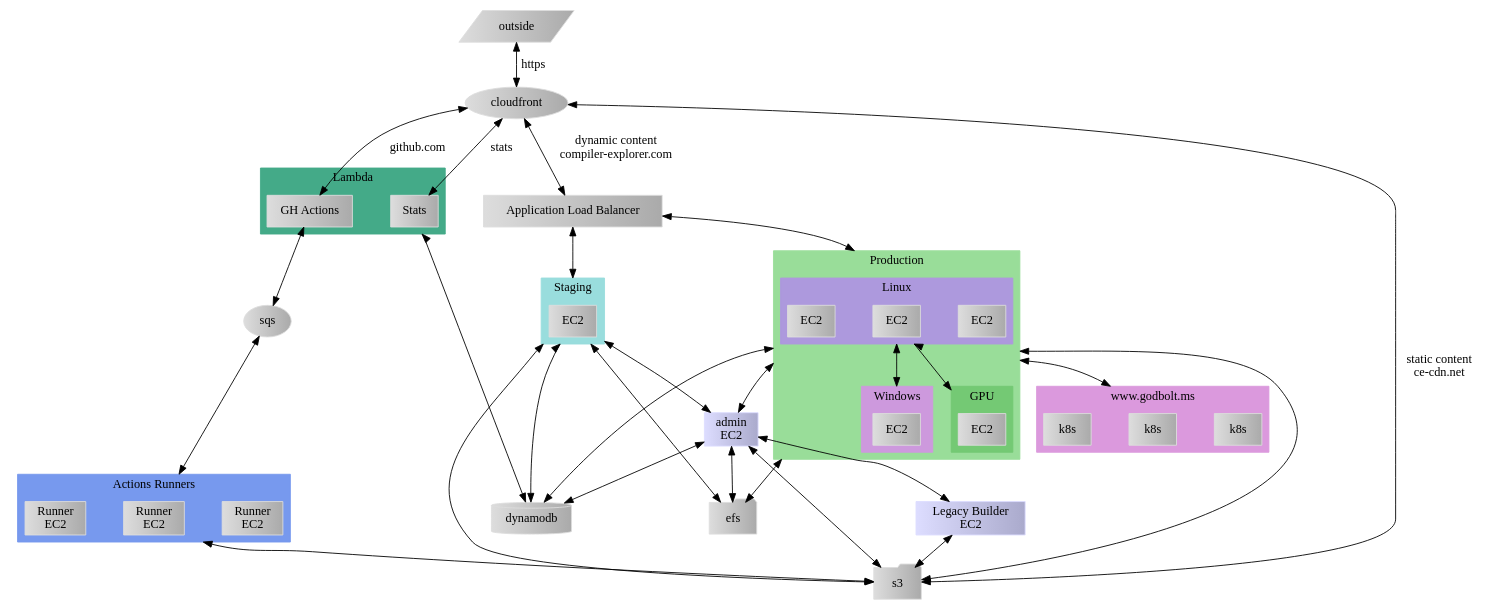
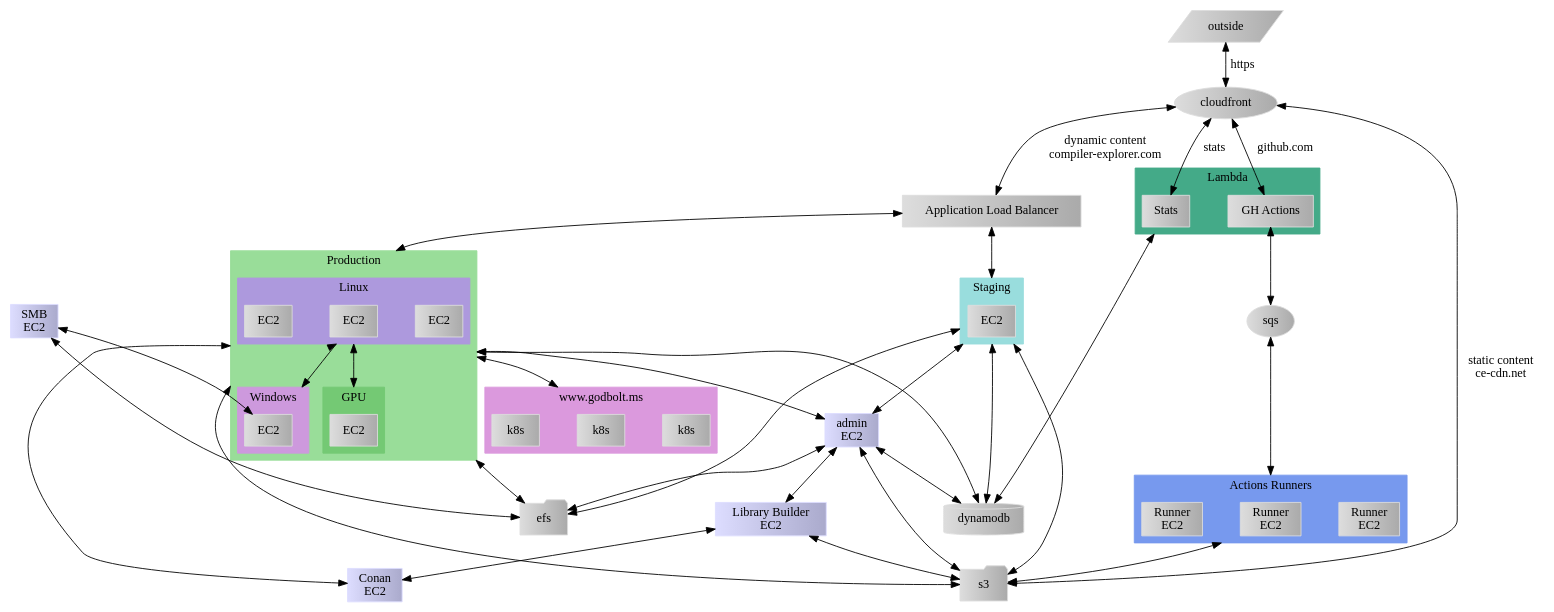
One commit to mattgodbolt/whats-new-in-compiler-explorer-2023 changed the diagram in ce.dot. Above: the diagram before and after it, drawn with Graphviz. The commit also changed 2 other files, not shown here.

```diff
--- a/ce.dot
+++ b/ce.dot
@@ -1,111 +1,119 @@
 digraph compiler_explorer {
     bgcolor = white;
     compound = true;
     nodesep = 0.6;
     node [color = "#dddddd:#aaaaaa"; style = filled;];
     edge [dir = both;];
     outside [shape = parallelogram;rank = "source";];
     
     cloudfront [shape = oval;];
     sqs [shape = oval;];
     
     alb [shape = box;label = "Application Load Balancer";];
     
     subgraph cluster_ce_nodes_ms {
         label = "www.godbolt.ms";
         style = filled;
         color = "#db99dd";
         ms_node_2 [shape = box;label = "k8s";];
         ms_node_1 [shape = box;label = "k8s";];
         ms_node_3 [shape = box;label = "k8s";];
     }
     
     subgraph cluster_ce_nodes {
         label = "Production";
         style = filled;
         color = "#99dd99";
         
         subgraph cluster_ce_nodes_linux {
             label = "Linux";
             style = filled;
             color = "#ad99dd";
             ce_node_2 [shape = box;label = "EC2";];
             ce_node_1 [shape = box;label = "EC2";];
             ce_node_3 [shape = box;label = "EC2";];
         }
         subgraph cluster_ce_nodes_win {
             label = "Windows";
             style = filled;
             color = "#cd99dd";
             
             ce_node_1_win [shape = box;label = "EC2";];
         }
         subgraph cluster_ce_nodes_gpu {
             label = "GPU";
             style = filled;
             color = "#74c974";
             
             ce_node_1_gpu [shape = box;label = "EC2";];
         }
     }
     subgraph cluster_staging_nodes {
         label = "Staging";
         style = filled;
         color = "#99dddd";
         staging_node_1 [shape = box;label = "EC2";];
     }
     subgraph cluster_lambda {
         label = "Lambda";
         style = filled;
         color = "#44aa88";
         gh_actions [shape = box;label = "GH Actions";];
         lambda_stats [shape = box;label = "Stats";];
     }
     subgraph cluster_gh_actions {
         label = "Actions Runners";
         style = filled;
         color = "#7799ee";
         action_runner_2 [shape = box;label = "Runner\nEC2";];
         action_runner_1 [shape = box;label = "Runner\nEC2";];
         action_runner_3 [shape = box;label = "Runner\nEC2";];
     }
     
     admin [shape = box;rank = "sink";label = "admin\nEC2";color = "#ddddff:#aaaacc";];
     
     efs [shape = folder;];
     s3 [shape = folder;];
     dynamodb [shape = cylinder;];
     
     gh_actions -> sqs;
     sqs -> action_runner_1 [lhead = cluster_gh_actions;];
     
     outside -> cloudfront [label = "https";];
     cloudfront -> alb [label = "dynamic content\ncompiler-explorer.com";];
     cloudfront -> s3 [label = "static content\nce-cdn.net";];
     cloudfront -> lambda_stats [label = "stats";];
     cloudfront -> gh_actions [label = "github.com";];
     
     alb -> ce_node_1 [lhead = cluster_ce_nodes;];
     alb -> staging_node_1 [lhead = cluster_staging_nodes;];
     
     lambda_stats -> dynamodb [ltail = cluster_lambda;];
     action_runner_1 -> s3 [ltail = cluster_gh_actions;];
     
-    build [shape = box;label = "Legacy Builder\nEC2";color = "#ddddff:#aaaacc";];
-    
+    build [shape = box;label = "Library Builder\nEC2";color = "#ddddff:#aaaacc";];
+
     admin -> build;
     build -> s3;
-    
+
+    conan [shape = box;label="Conan\nEC2";color = "#ddddff:#aaaacc";]
+    {ce_node_1} -> conan [ltail = cluster_ce_nodes;];
+    build -> conan;
+
+    winsmb [shape = box;label="SMB\nEC2";color = "#ddddff:#aaaacc";]
+    winsmb -> ce_node_1_win;
+    winsmb -> efs;
+
     admin -> {efs s3 dynamodb};
     {ce_node_1} -> admin [ltail = cluster_ce_nodes;];
     {ce_node_1} -> efs [ltail = cluster_ce_nodes;];
     {ce_node_1} -> s3 [ltail = cluster_ce_nodes;];
     {ce_node_1} -> ms_node_1 [ltail = cluster_ce_nodes; lhead = cluster_ce_nodes_ms;];
     {ce_node_1} -> dynamodb [ltail = cluster_ce_nodes;];
     {ce_node_1} -> ce_node_1_win [ltail = cluster_ce_nodes_linux; lhead = cluster_ce_nodes_win;];
     {ce_node_1} -> ce_node_1_gpu [ltail = cluster_ce_nodes_linux; lhead = cluster_ce_nodes_gpu;];
     {staging_node_1} -> admin [ltail = cluster_staging_nodes;];
     {staging_node_1} -> efs [ltail = cluster_staging_nodes;];
     {staging_node_1} -> s3 [ltail = cluster_staging_nodes;];
     {staging_node_1} -> dynamodb [ltail = cluster_staging_nodes;];
 }
```
